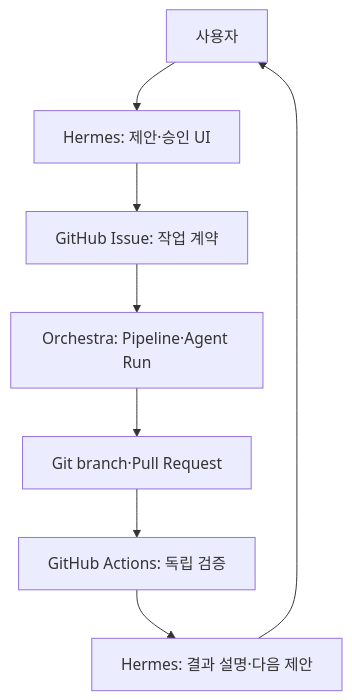
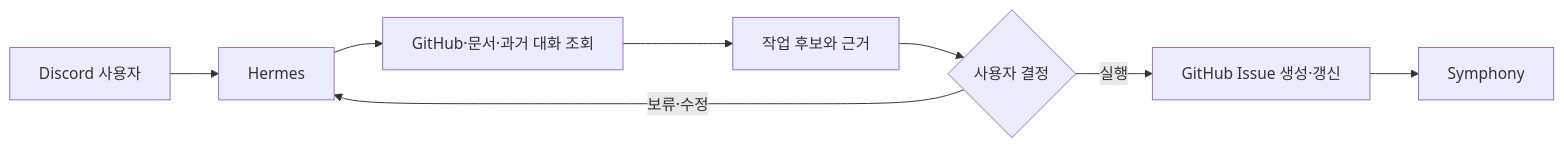
The eighth of 11 diagrams in docs/ai-agent-systems/harness-engineering-codex-hermes-orchestra.md (yjs000/wiki), drawn with Mermaid before and after one commit. The commit also changed other lines of this file and 6 other files, not shown here.

````diff
--- a/docs/ai-agent-systems/harness-engineering-codex-hermes-orchestra.md
+++ b/docs/ai-agent-systems/harness-engineering-codex-hermes-orchestra.md
@@ -482,10 +433,10 @@
 ```mermaid
-flowchart TB
-    U[사용자] --> H[Hermes: 제안·승인 UI]
-    H --> I[GitHub Issue: 작업 계약]
-    I --> O[Orchestra: Pipeline·Agent Run]
-    O --> G[Git branch·Pull Request]
-    G --> A[GitHub Actions: 독립 검증]
-    A --> R[Hermes: 결과 설명·다음 제안]
-    R --> U
+flowchart LR
+    U[Discord 사용자] --> H[Hermes]
+    H --> G[GitHub·문서·과거 대화 조회]
+    G --> P[작업 후보와 근거]
+    P --> A{사용자 결정}
+    A -- 보류·수정 --> H
+    A -- 실행 --> I[GitHub Issue 생성·갱신]
+    I --> S[Symphony]
 ```
````
